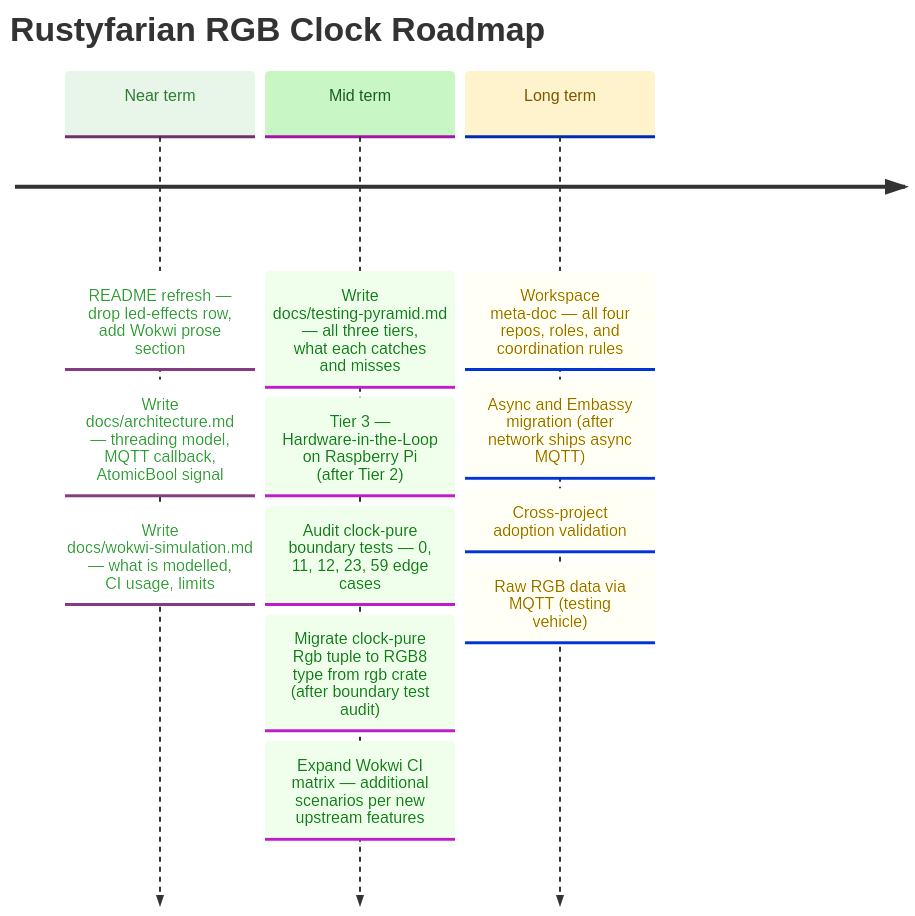
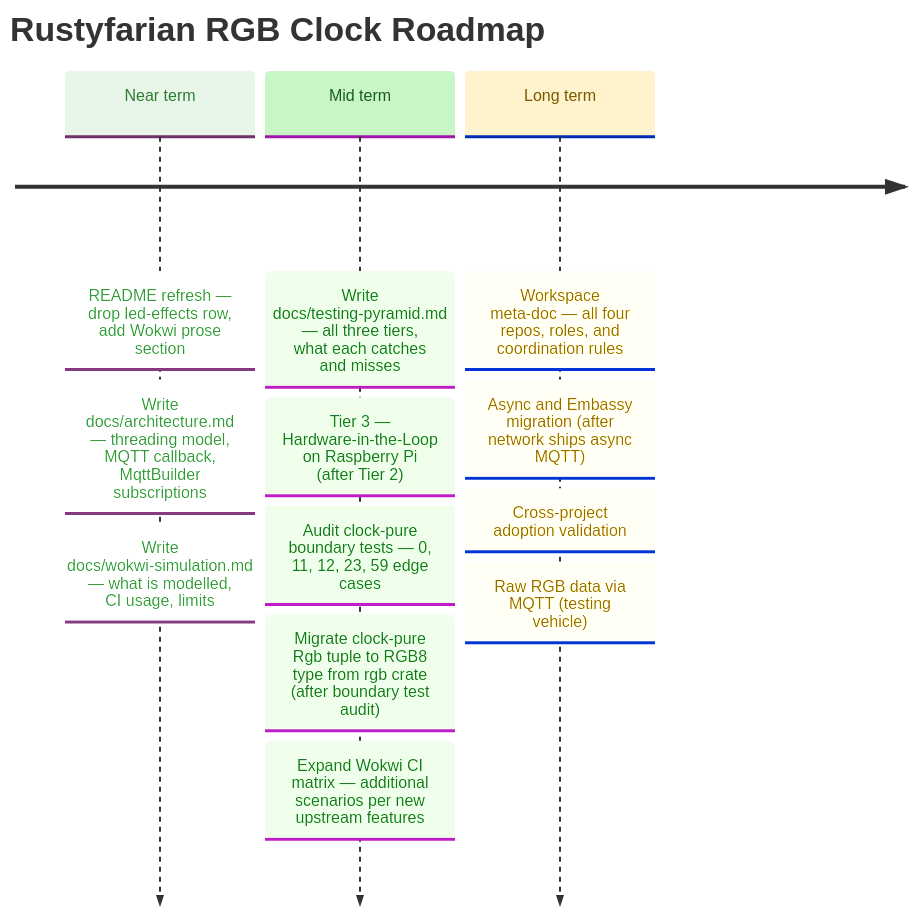
The diagram in docs/ROADMAP.md (datenkollektiv/rustyfarian-rgb-clock), drawn with Mermaid before and after one commit. The commit also changed 12 other files, not shown here.

````diff
--- a/docs/ROADMAP.md
+++ b/docs/ROADMAP.md
@@ -10,33 +10,33 @@
 ```mermaid
 %%{init: {
   "theme": "base",
   "themeVariables": {
     "cScale0": "#e8f5e9",
     "cScaleLabel0": "#2e7d32",
     "cScale1": "#c8f7c5",
     "cScaleLabel1": "#1b5e20",
     "cScale2": "#fff3cd",
     "cScaleLabel2": "#7a5a00",
     "cScale3": "#e3f2fd",
     "cScaleLabel3": "#0d47a1"
   }
 }}%%
 
 timeline
     title Rustyfarian RGB Clock Roadmap
 
     Near term : README refresh — drop led-effects row, add Wokwi prose section
-              : Write docs/architecture.md — threading model, MQTT callback, AtomicBool signal
+              : Write docs/architecture.md — threading model, MQTT callback, MqttBuilder subscriptions
               : Write docs/wokwi-simulation.md — what is modelled, CI usage, limits
 
     Mid term  : Write docs/testing-pyramid.md — all three tiers, what each catches and misses
               : Tier 3 — Hardware-in-the-Loop on Raspberry Pi (after Tier 2)
               : Audit clock-pure boundary tests — 0, 11, 12, 23, 59 edge cases
               : Migrate clock-pure Rgb tuple to RGB8 type from rgb crate (after boundary test audit)
               : Expand Wokwi CI matrix — additional scenarios per new upstream features
 
     Long term : Workspace meta-doc — all four repos, roles, and coordination rules
               : Async and Embassy migration (after network ships async MQTT)
               : Cross-project adoption validation
               : Raw RGB data via MQTT (testing vehicle)
 ```
````
